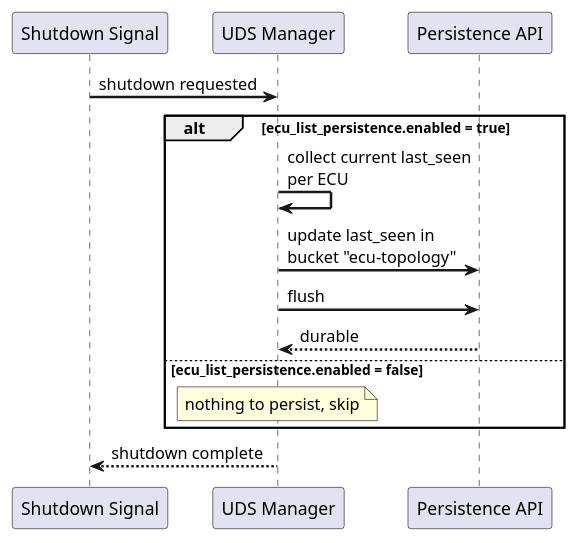
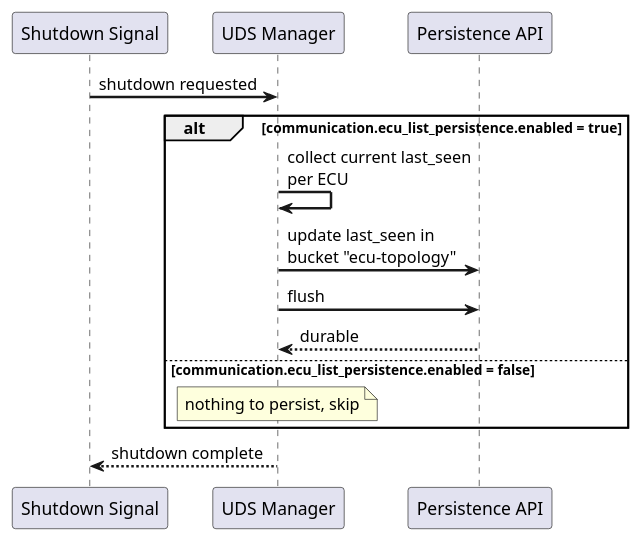
One commit to eclipse-opensovd/classic-diagnostic-adapter changed the sixth of 6 diagrams in docs/03_architecture/04_diagnostic_tester.rst. Above: the diagram before and after it, drawn with PlantUML. The commit also changed other lines of this file and 8 other files, not shown here.

```diff
--- a/docs/03_architecture/04_diagnostic_tester.rst
+++ b/docs/03_architecture/04_diagnostic_tester.rst
@@ -784,22 +855,22 @@
     .. uml::
         :caption: last_seen Persistence at Shutdown
 
         @startuml
         skinparam backgroundColor #FFFFFF
         skinparam sequenceArrowThickness 2
 
         participant "Shutdown Signal" as Signal
         participant "UDS Manager" as UDS
         participant "Persistence API" as Persist
 
         Signal -> UDS: shutdown requested
-        alt ecu_list_persistence.enabled = true
+        alt communication.ecu_list_persistence.enabled = true
             UDS -> UDS: collect current last_seen\nper ECU
             UDS -> Persist: update last_seen in\nbucket "ecu-topology"
             UDS -> Persist: flush
             Persist --> UDS: durable
-        else ecu_list_persistence.enabled = false
+        else communication.ecu_list_persistence.enabled = false
             note over UDS: nothing to persist, skip
         end
         UDS --> Signal: shutdown complete
         @enduml
```
